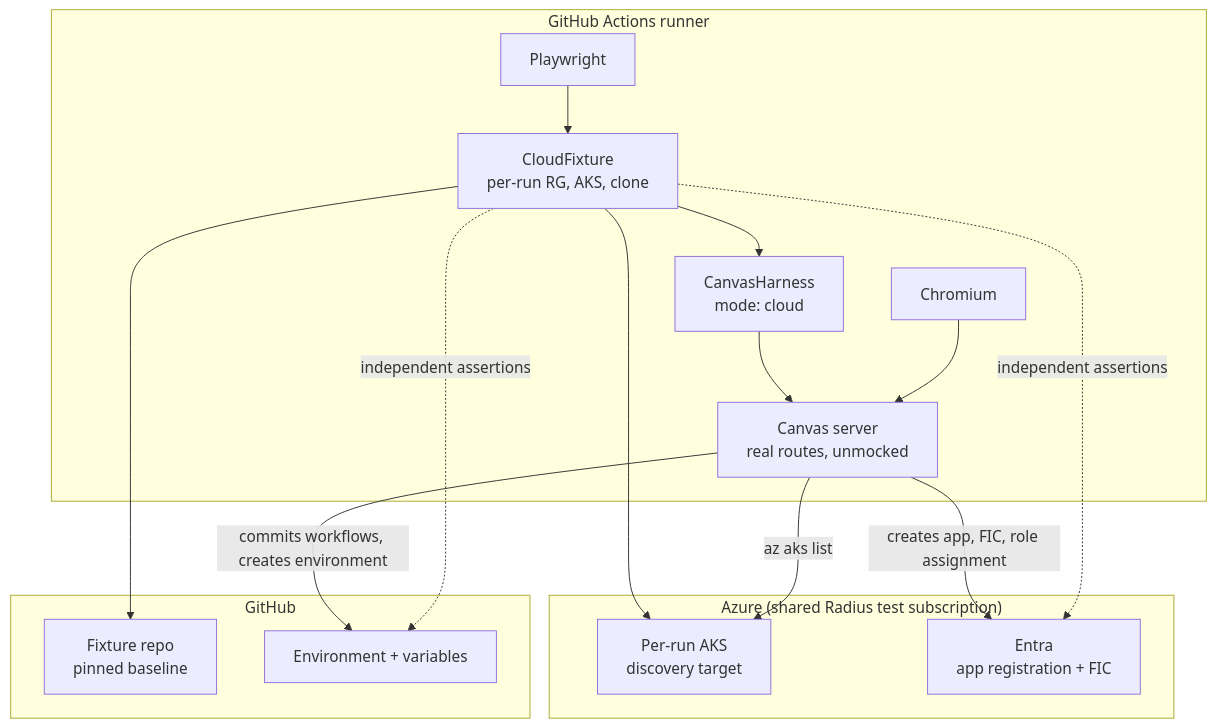
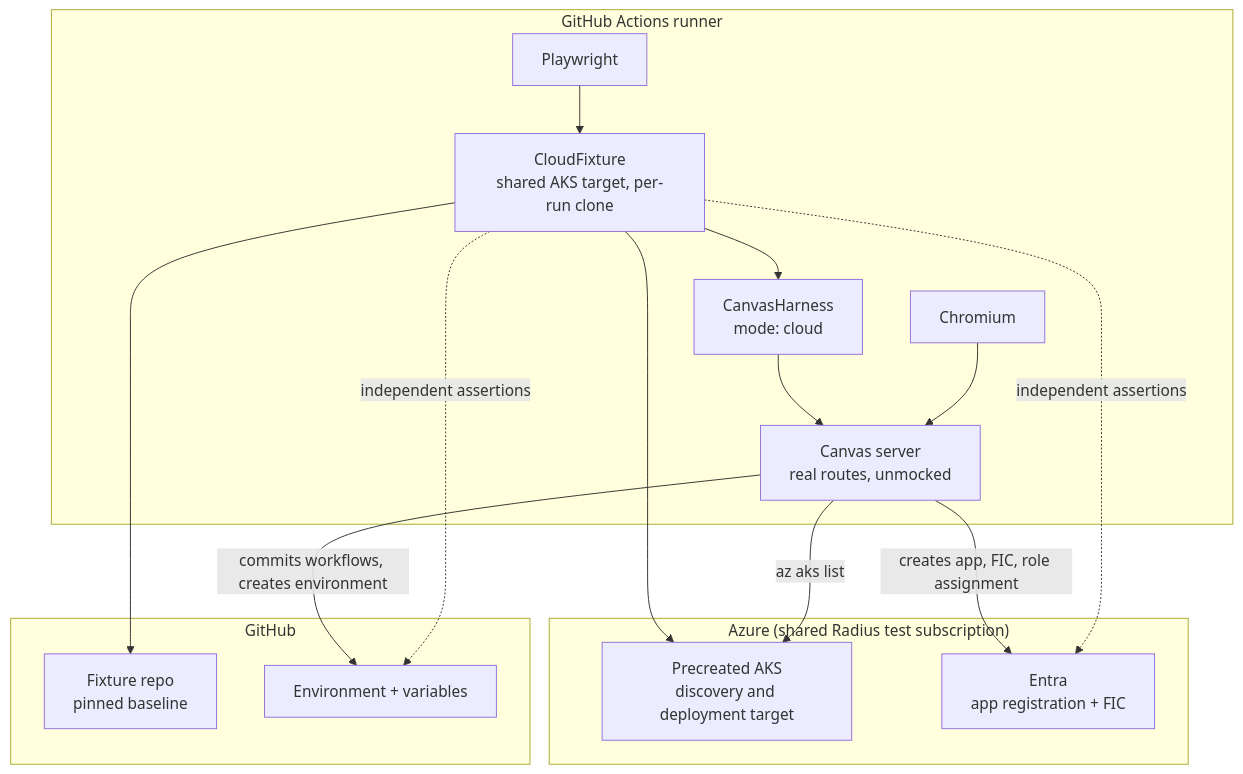
The diagram in docs/design/2026-08-cloud-e2e-environment-lifecycle.md (radius-project/ai-extensions), drawn with Mermaid before and after one commit. The commit also changed other lines of this file and 9 other files, not shown here.

Commit message:
test(cloud-e2e): use precreated AKS cluster

````diff
--- a/docs/design/2026-08-cloud-e2e-environment-lifecycle.md
+++ b/docs/design/2026-08-cloud-e2e-environment-lifecycle.md
@@ -117,27 +117,27 @@
 ```mermaid
 graph TD
   subgraph runner["GitHub Actions runner"]
-    PW["Playwright"] --> CF["CloudFixture<br/>per-run RG, AKS, clone"]
+    PW["Playwright"] --> CF["CloudFixture<br/>shared AKS target, per-run clone"]
     CF --> CH["CanvasHarness<br/>mode: cloud"]
     CH --> SRV["Canvas server<br/>real routes, unmocked"]
     BR["Chromium"] --> SRV
   end
 
   subgraph azure["Azure (shared Radius test subscription)"]
-    AKS["Per-run AKS<br/>discovery target"]
+    AKS["Precreated AKS<br/>discovery and deployment target"]
     ENTRA["Entra<br/>app registration + FIC"]
   end
 
   subgraph github["GitHub"]
     FIX["Fixture repo<br/>pinned baseline"]
     ENV["Environment + variables"]
   end
 
   CF --> AKS
   CF --> FIX
   SRV -->|creates app, FIC, role assignment| ENTRA
   SRV -->|commits workflows, creates environment| ENV
   SRV -->|az aks list| AKS
   CF -.->|independent assertions| ENTRA
   CF -.->|independent assertions| ENV
 ```
````
